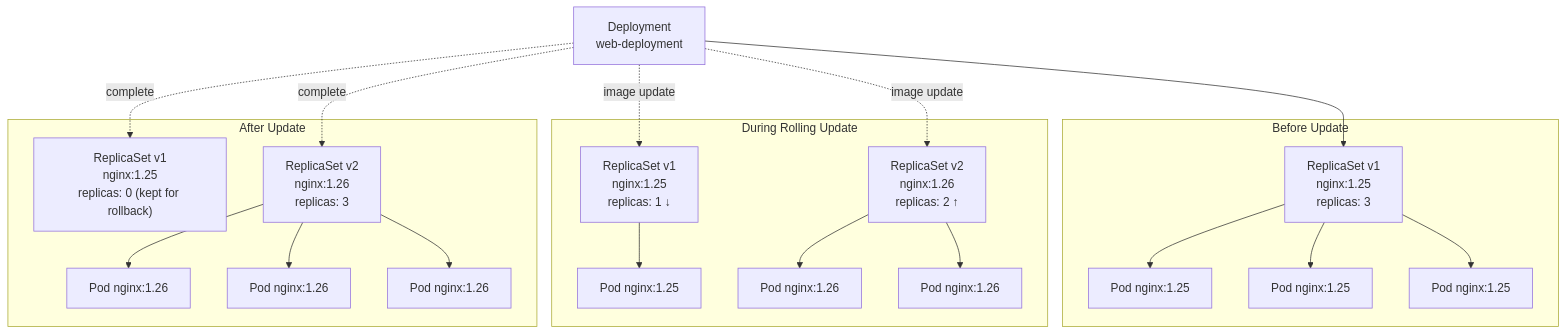
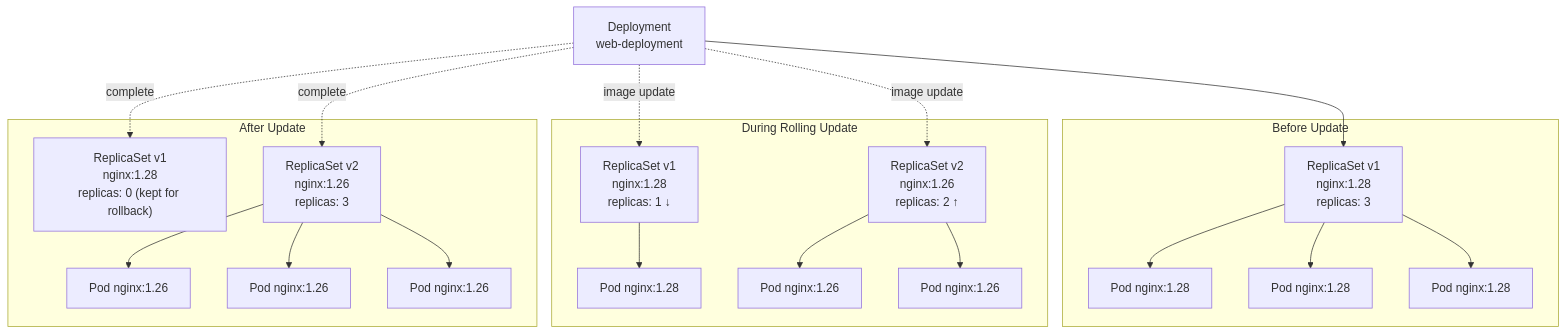
One commit to Antoine-Flo/kube-mastery changed the diagram in src/courses/modules/replicasets/04-limitations-of-replicasets/en/content.md. Above: the diagram before and after it, drawn with Mermaid. The commit also changed other lines of this file and 38 other files, not shown here.

````diff
--- a/src/courses/modules/replicasets/04-limitations-of-replicasets/en/content.md
+++ b/src/courses/modules/replicasets/04-limitations-of-replicasets/en/content.md
@@ -44,31 +44,31 @@
 ```mermaid
 graph TB
     DEP["Deployment\nweb-deployment"]
 
     subgraph "Before Update"
-        RS1_before["ReplicaSet v1\nnginx:1.25\nreplicas: 3"]
-        P1["Pod nginx:1.25"]
-        P2["Pod nginx:1.25"]
-        P3["Pod nginx:1.25"]
+        RS1_before["ReplicaSet v1\nnginx:1.28\nreplicas: 3"]
+        P1["Pod nginx:1.28"]
+        P2["Pod nginx:1.28"]
+        P3["Pod nginx:1.28"]
         RS1_before --> P1 & P2 & P3
     end
 
     subgraph "During Rolling Update"
-        RS1_mid["ReplicaSet v1\nnginx:1.25\nreplicas: 1 ↓"]
+        RS1_mid["ReplicaSet v1\nnginx:1.28\nreplicas: 1 ↓"]
         RS2_mid["ReplicaSet v2\nnginx:1.26\nreplicas: 2 ↑"]
-        RS1_mid --> PA["Pod nginx:1.25"]
+        RS1_mid --> PA["Pod nginx:1.28"]
         RS2_mid --> PB["Pod nginx:1.26"] & PC["Pod nginx:1.26"]
     end
 
     subgraph "After Update"
-        RS1_after["ReplicaSet v1\nnginx:1.25\nreplicas: 0 (kept for rollback)"]
+        RS1_after["ReplicaSet v1\nnginx:1.28\nreplicas: 0 (kept for rollback)"]
         RS2_after["ReplicaSet v2\nnginx:1.26\nreplicas: 3"]
         RS2_after --> PD["Pod nginx:1.26"] & PE["Pod nginx:1.26"] & PF["Pod nginx:1.26"]
     end
 
     DEP --> RS1_before
     DEP -.->|"image update"| RS1_mid
     DEP -.->|"image update"| RS2_mid
     DEP -.->|"complete"| RS1_after
     DEP -.->|"complete"| RS2_after
 ```
````
